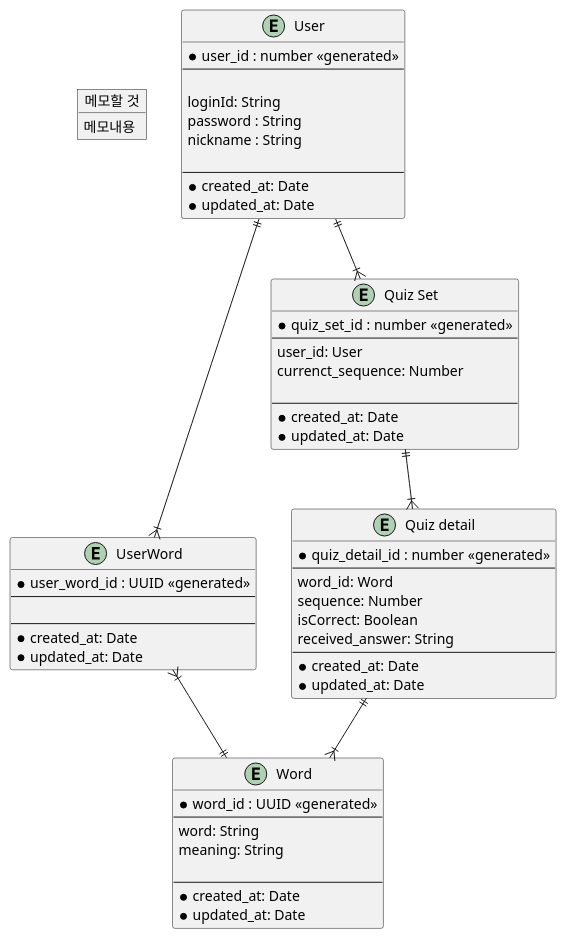
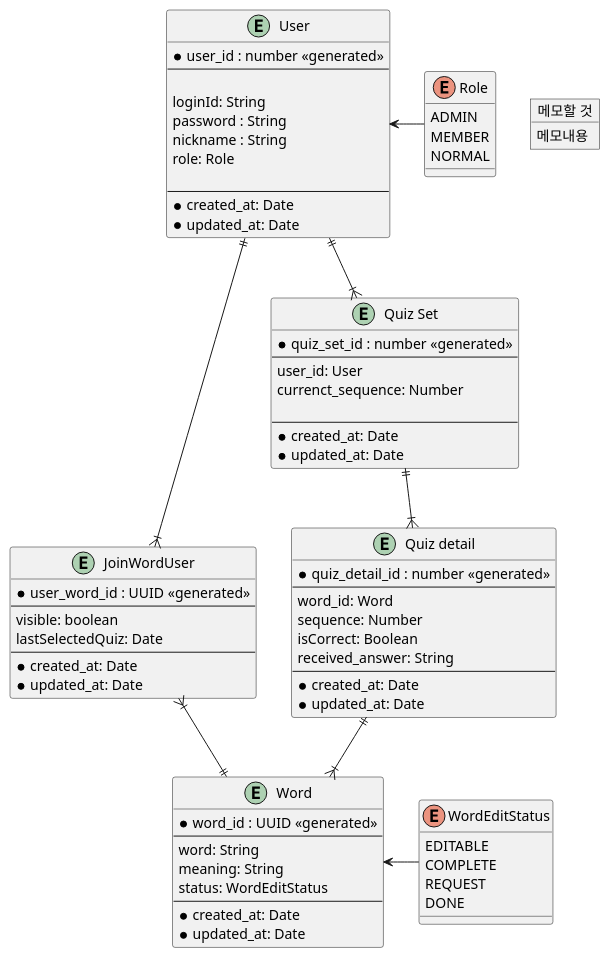
The diagram in information/db-schema/schema.pu (shurona/word-memorize), drawn with PlantUML before and after one commit. The commit also changed 1 other file, not shown here.

Commit message:
Readme 및 schema 정보 수정

```diff
--- a/information/db-schema/schema.pu
+++ b/information/db-schema/schema.pu
@@ -1,71 +1,90 @@
 @startuml db schema
 
 object "메모할 것" as memoTemp {
     메모내용
 }
 
 entity "User" as user {
     * user_id : number <<generated>>
     --
 
     loginId: String
     password : String
     nickname : String
+    role: Role
 
     --
     * created_at: Date
     * updated_at: Date
 }
 
-entity "UserWord" as userword {
+entity "JoinWordUser" as userword {
   * user_word_id : UUID <<generated>>
   --
-
+    visible: boolean
+    lastSelectedQuiz: Date
   --
   * created_at: Date
   * updated_at: Date
 }
 
 entity "Word" as word {
   * word_id : UUID <<generated>>
   --
     word: String
     meaning: String
-
+    status: WordEditStatus
   --
   * created_at: Date
   * updated_at: Date
 }
 
 entity "Quiz Set" as quizset {
     * quiz_set_id : number <<generated>>
     --
     user_id: User
     currenct_sequence: Number
 
     --
     * created_at: Date
     * updated_at: Date
 }
 
 entity "Quiz detail" as quizdetail {
     * quiz_detail_id : number <<generated>>
     --
     word_id: Word
     sequence: Number
     isCorrect: Boolean
     received_answer: String
     --
     * created_at: Date
     * updated_at: Date
 }
 
+' enum
+enum "Role" as role {
+  ADMIN
+  MEMBER
+  NORMAL
+}
+
+enum "WordEditStatus" as wordEditStatus {
+  EDITABLE
+  COMPLETE
+  REQUEST
+  DONE
+}
+
 user ||--|{ userword
 userword }|--||word
+
+word <- wordEditStatus
+user <- role
 
 user ||--|{ quizset
 quizset ||--|{ quizdetail
 
 quizdetail ||--|{ word
 
 @enduml
```
